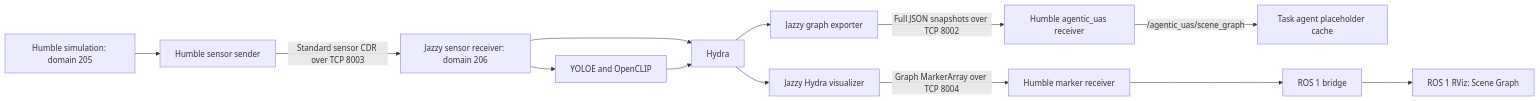
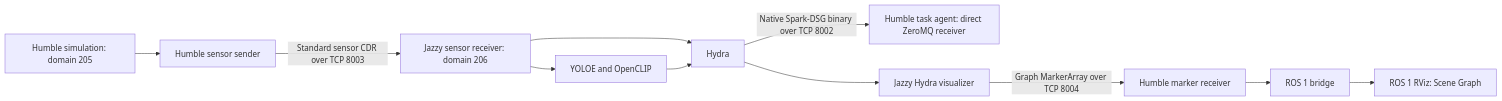
Before and after one commit to ntnu-arl/unified_autonomy_stack: the diagram in docs/scene_graph.md, drawn with Mermaid. The commit also changed other lines of this file and 4 other files, not shown here.

Commit message:
Use zmq between scene graph and agentic uas to send graph

````diff
--- a/docs/scene_graph.md
+++ b/docs/scene_graph.md
@@ -9,15 +9,13 @@
 ```mermaid
 flowchart LR
   S[Humble simulation: domain 205] --> H[Humble sensor sender]
   H -->|Standard sensor CDR over TCP 8003| J[Jazzy sensor receiver: domain 206]
   J --> Y[YOLOE and OpenCLIP]
   J --> D[Hydra]
   Y --> D
-  D --> E[Jazzy graph exporter]
-  E -->|Full JSON snapshots over TCP 8002| R[Humble agentic_uas receiver]
-  R -->|/agentic_uas/scene_graph| A[Task agent placeholder cache]
+  D -->|Native Spark-DSG binary over TCP 8002| A[Humble task agent: direct ZeroMQ receiver]
   D --> V[Jazzy Hydra visualizer]
   V -->|Graph MarkerArray over TCP 8004| M[Humble marker receiver]
   M --> B[ROS 1 bridge]
   B --> RV[ROS 1 RViz: Scene Graph]
 ```
````
